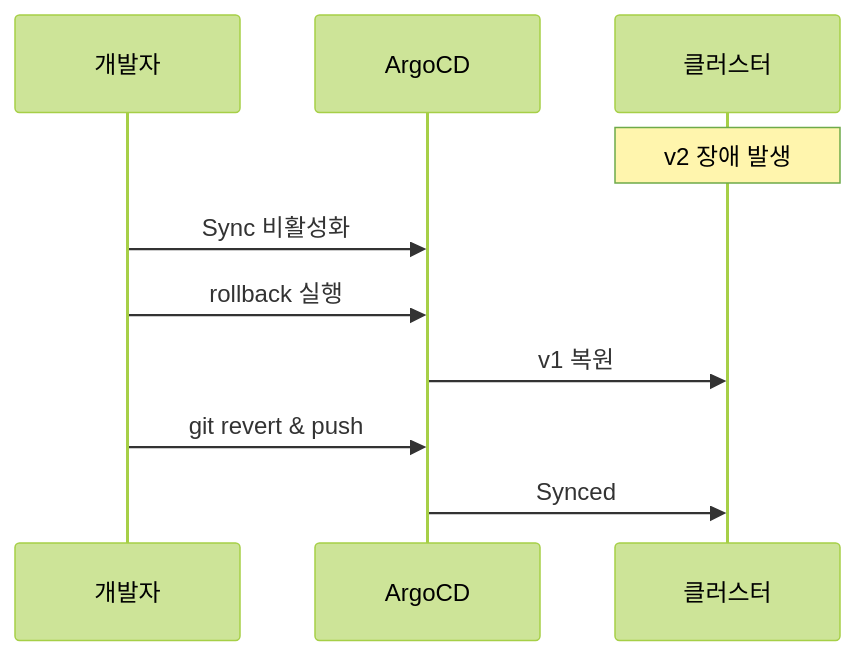
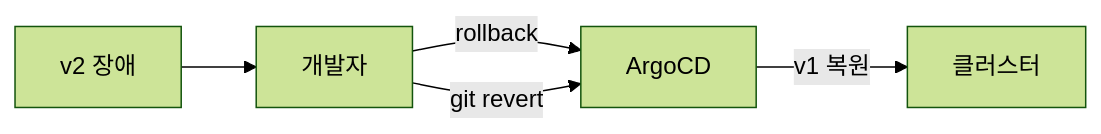
The seventh of 7 diagrams in _posts/cicd/2026-05-03-gitops-argocd.md (yjkim2015/yjkim2015.github.io), drawn with Mermaid (forest theme) before and after one commit. The commit also changed other lines of this file and 163 other files, not shown here.

First line of the commit message:
Mermaid 300개 블록 내용 축소: 5노드 5엣지 이하, 의미 있는 약어

````diff
--- a/_posts/cicd/2026-05-03-gitops-argocd.md
+++ b/_posts/cicd/2026-05-03-gitops-argocd.md
@@ -470,12 +466,7 @@
 ```mermaid
-sequenceDiagram
-    participant DEV as 개발자
-    participant ARGO as ArgoCD
-    participant K8S as 클러스터
-    Note over K8S: v2 장애 발생
-    DEV->>ARGO: Sync 비활성화
-    DEV->>ARGO: rollback 실행
-    ARGO->>K8S: v1 복원
-    DEV->>ARGO: git revert & push
-    ARGO->>K8S: Synced
+graph LR
+    FAIL["v2 장애"] --> DEV["개발자"]
+    DEV -->|"rollback"| ARGO["ArgoCD"]
+    ARGO -->|"v1 복원"| K8S["클러스터"]
+    DEV -->|"git revert"| ARGO
 ```
````
